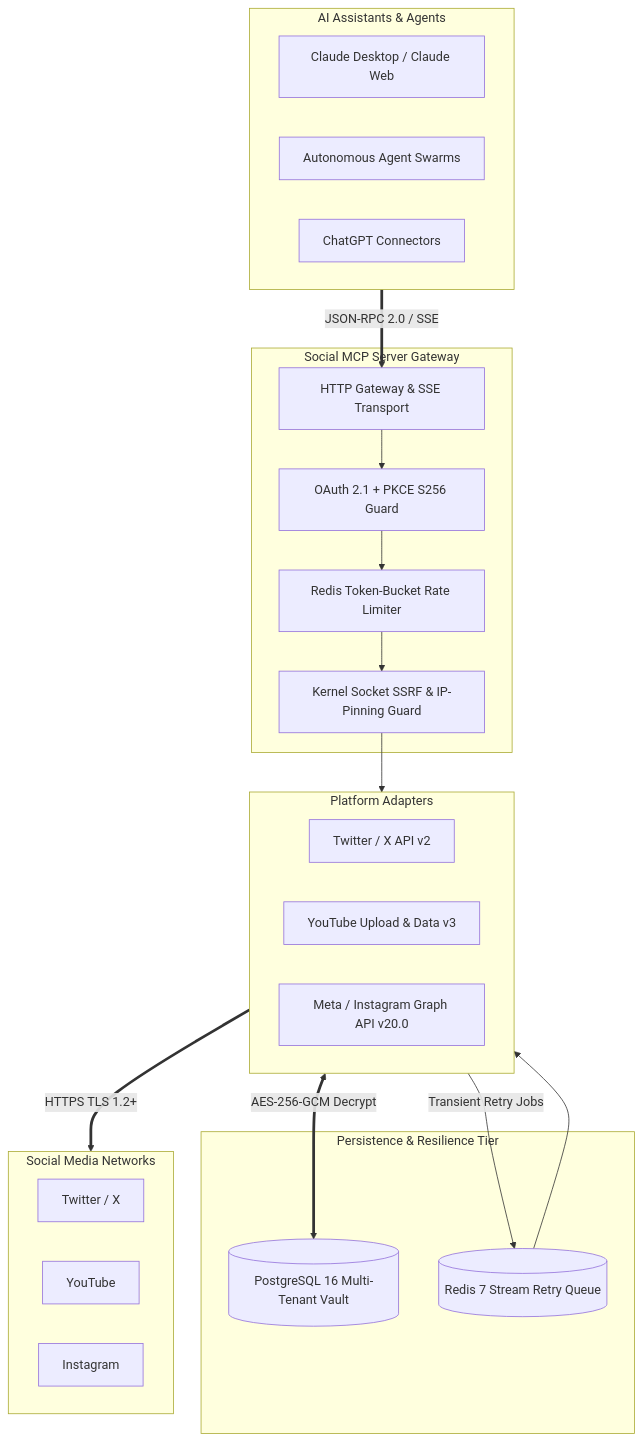
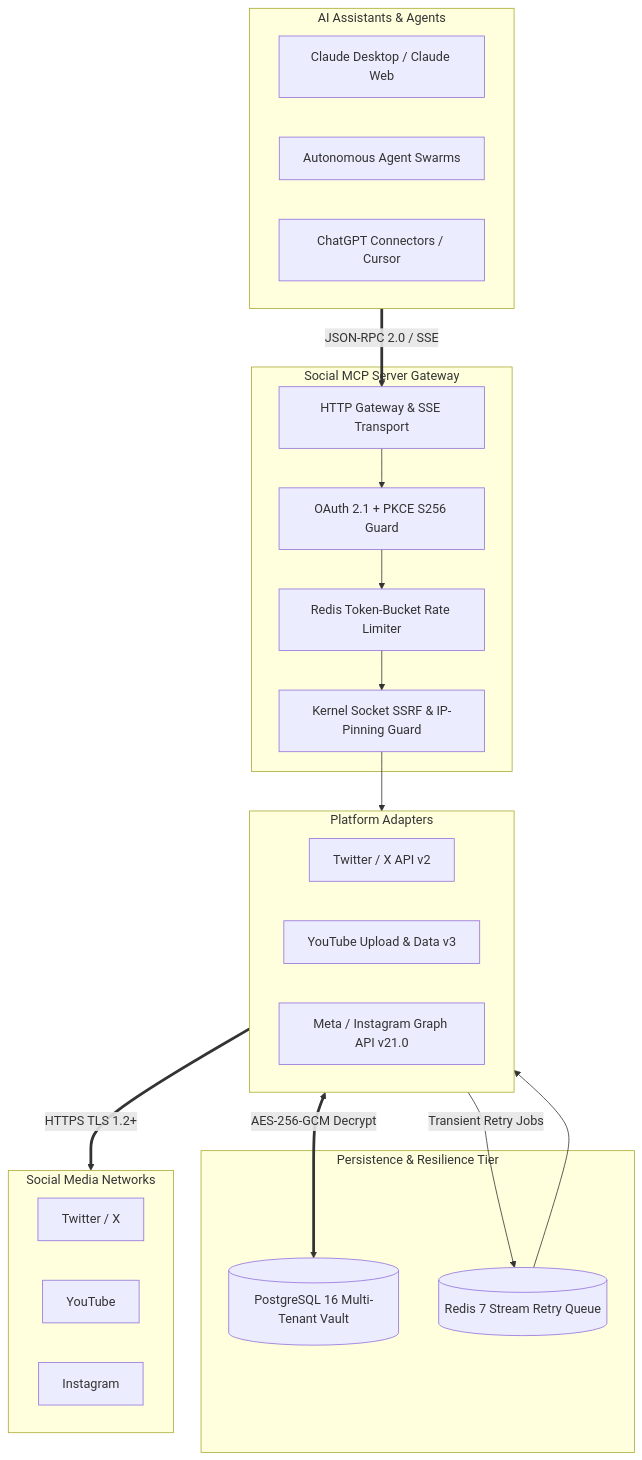
Before and after one commit to kuldeep-poonia/social-publish-mcp-server: the first of 2 diagrams in README.md, drawn with Mermaid. The commit also changed other lines of this file and 2 other files, not shown here.

````diff
--- a/README.md
+++ b/README.md
@@ -46,42 +57,42 @@
 ```mermaid
 flowchart TD
     subgraph ClientLayer["AI Assistants & Agents"]
         Claude["Claude Desktop / Claude Web"]
         Agent["Autonomous Agent Swarms"]
-        GPT["ChatGPT Connectors"]
+        GPT["ChatGPT Connectors / Cursor"]
     end
 
     subgraph ServerGateway["Social MCP Server Gateway"]
         Router["HTTP Gateway & SSE Transport"]
         AuthGuard["OAuth 2.1 + PKCE S256 Guard"]
         RateLimiter["Redis Token-Bucket Rate Limiter"]
         SSRF["Kernel Socket SSRF & IP-Pinning Guard"]
     end
 
     subgraph Storage["Persistence & Resilience Tier"]
         PG[("PostgreSQL 16 Multi-Tenant Vault")]
         Redis[("Redis 7 Stream Retry Queue")]
     end
 
     subgraph Adapters["Platform Adapters"]
         Twitter["Twitter / X API v2"]
         YouTube["YouTube Upload & Data v3"]
-        Instagram["Meta / Instagram Graph API v20.0"]
+        Instagram["Meta / Instagram Graph API v21.0"]
     end
 
     subgraph Upstream["Social Media Networks"]
         XNet["Twitter / X"]
         YTNet["YouTube"]
         MetaNet["Instagram"]
     end
 
     ClientLayer ==>|JSON-RPC 2.0 / SSE| Router
     Router --> AuthGuard
     AuthGuard --> RateLimiter
     RateLimiter --> SSRF
     SSRF --> Adapters
     Adapters <==>|AES-256-GCM Decrypt| PG
     Adapters -->|Transient Retry Jobs| Redis
     Redis --> Adapters
     Adapters ==>|HTTPS TLS 1.2+| Upstream
 ```
````
